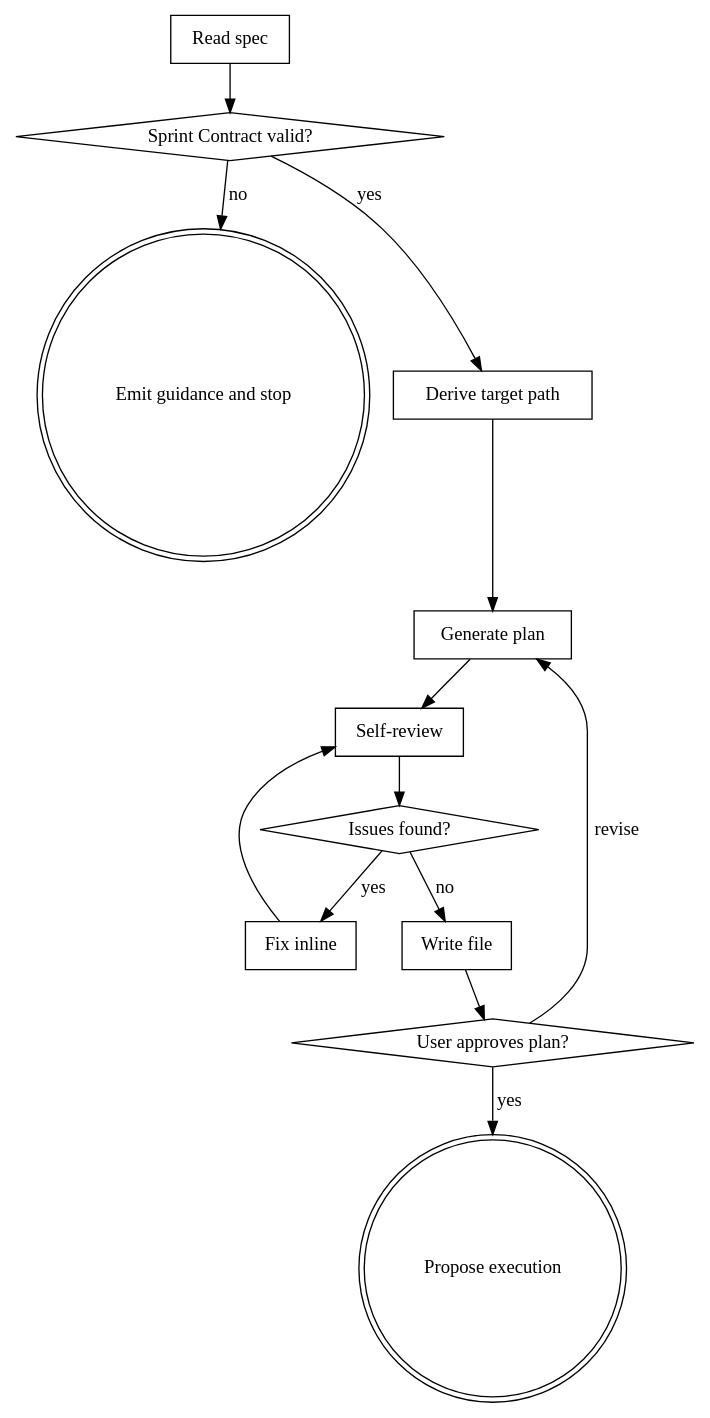
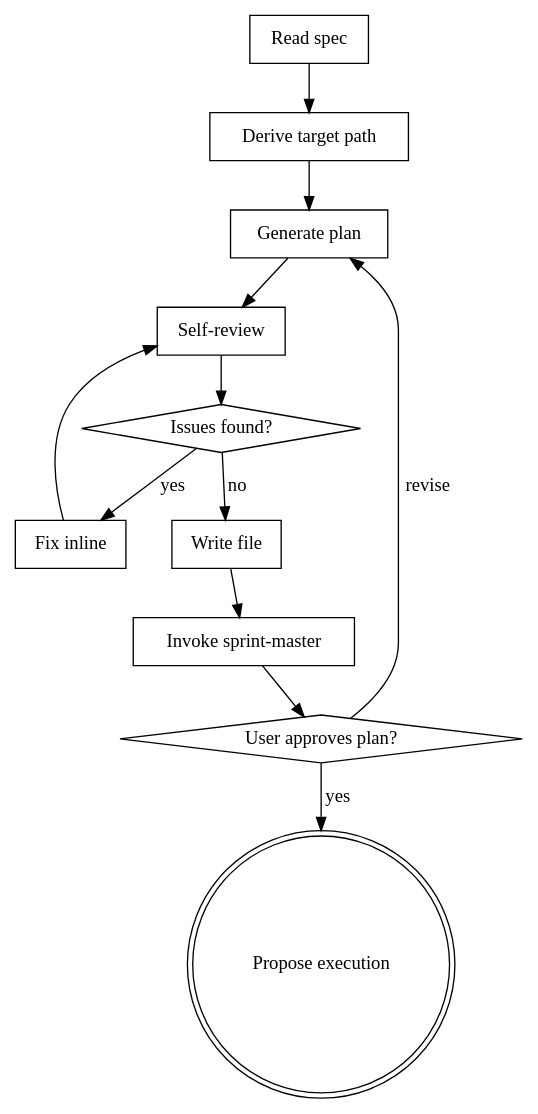
One commit to rat-siem/team-driven-development changed the diagram in skills/team-plan/SKILL.md. Above: the diagram before and after it, drawn with Graphviz. The commit also changed other lines of this file, not shown here.

First line of the commit message:
refactor(team-plan): drop spec Sprint Contract validation; call sprint-master

````diff
--- a/skills/team-plan/SKILL.md
+++ b/skills/team-plan/SKILL.md
@@ -29,28 +29,26 @@
 ```dot
 digraph team_plan {
     "Read spec" [shape=box];
-    "Sprint Contract valid?" [shape=diamond];
-    "Emit guidance and stop" [shape=doublecircle];
     "Derive target path" [shape=box];
     "Generate plan" [shape=box];
     "Self-review" [shape=box];
     "Issues found?" [shape=diamond];
     "Fix inline" [shape=box];
     "Write file" [shape=box];
+    "Invoke sprint-master" [shape=box];
     "User approves plan?" [shape=diamond];
     "Propose execution" [shape=doublecircle];
 
-    "Read spec" -> "Sprint Contract valid?";
-    "Sprint Contract valid?" -> "Emit guidance and stop" [label="no"];
-    "Sprint Contract valid?" -> "Derive target path" [label="yes"];
+    "Read spec" -> "Derive target path";
     "Derive target path" -> "Generate plan";
     "Generate plan" -> "Self-review";
     "Self-review" -> "Issues found?";
     "Issues found?" -> "Fix inline" [label="yes"];
     "Fix inline" -> "Self-review";
     "Issues found?" -> "Write file" [label="no"];
-    "Write file" -> "User approves plan?";
+    "Write file" -> "Invoke sprint-master";
+    "Invoke sprint-master" -> "User approves plan?";
     "User approves plan?" -> "Generate plan" [label="revise"];
     "User approves plan?" -> "Propose execution" [label="yes"];
 }
 ```
````
